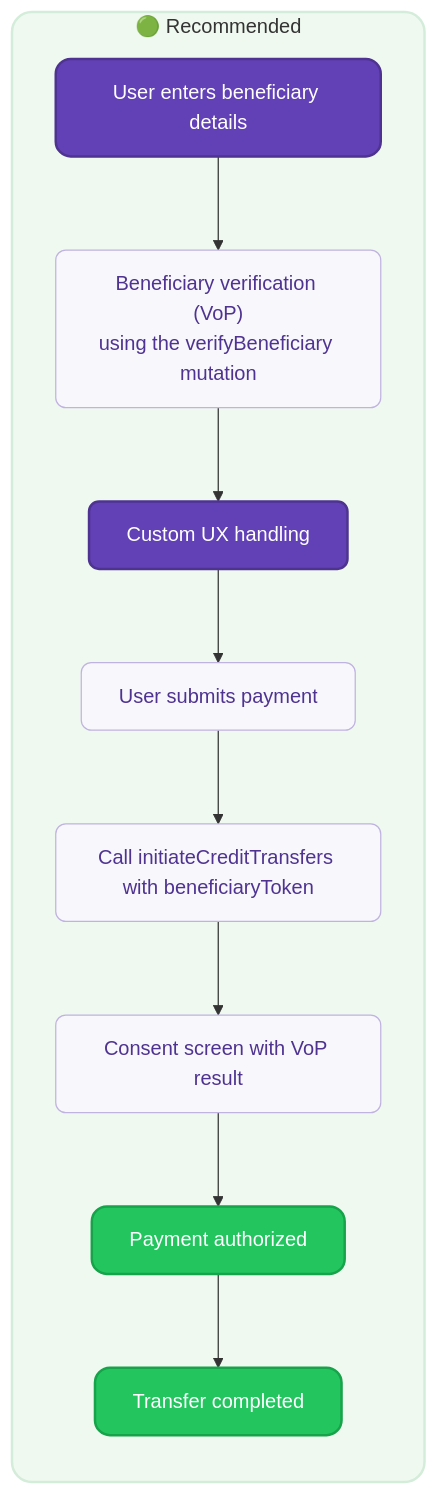
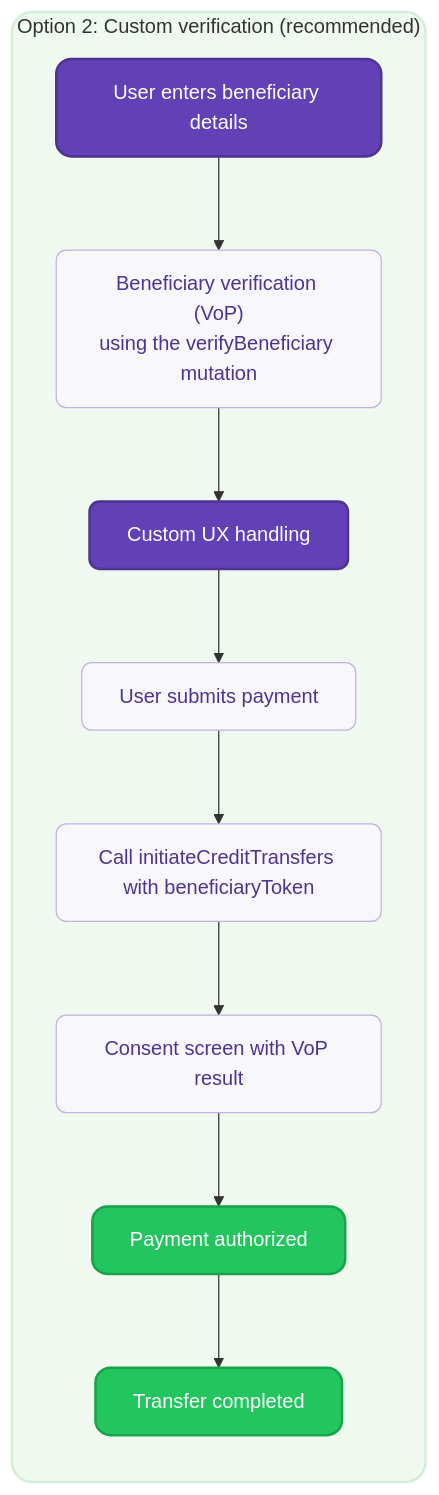
One commit to swan-io/docs changed the third of 3 diagrams in docs/payments/concepts/verification-of-payee/index.mdx. Above: the diagram before and after it, drawn with Mermaid. The commit also changed other lines of this file, not shown here.

````diff
--- a/docs/payments/concepts/verification-of-payee/index.mdx
+++ b/docs/payments/concepts/verification-of-payee/index.mdx
@@ -282,28 +276,28 @@
 ```mermaid
 flowchart TD
-    subgraph Option2 ["🟢 Recommended"]
+    subgraph Option2 ["Option 2: Custom verification (recommended)"]
         direction TB
         A2["User enters beneficiary details"] --> B2["Beneficiary verification (VoP)<br/>using the verifyBeneficiary mutation"]
         B2 --> C2["Custom UX handling"]
         C2 --> D2["User submits payment"]
         D2 --> E2["Call initiateCreditTransfers with beneficiaryToken"]
         E2 --> F2["Consent screen with VoP result"]
         F2 --> G2["Payment authorized"]
         G2 --> H2["Transfer completed"]
     end
     
     classDef default fill:#ffffff,stroke:#6240b5,stroke-width:1px,color:#271a48,rx:8,ry:8
     classDef input fill:#6240b5,stroke:#4e3391,stroke-width:2px,color:#ffffff,rx:12,ry:12
     classDef process fill:#f8f7fc,stroke:#c0b3e1,stroke-width:1px,color:#4e3391,rx:8,ry:8
     classDef success fill:#22c55e,stroke:#16a34a,stroke-width:2px,color:#ffffff,rx:12,ry:12
     classDef transfer fill:#22c55e,stroke:#16a34a,stroke-width:2px,color:#ffffff,rx:12,ry:12
     classDef custom fill:#6240b5,stroke:#4e3391,stroke-width:2px,color:#ffffff,rx:8,ry:8
     classDef subgraph2 fill:#f0f9f0,stroke:#d4edda,stroke-width:2px,rx:16,ry:16
     
     class A2 input
     class B2,D2,E2,F2 process
     class C2 custom
     class G2 success
     class H2 transfer
     class Option2 subgraph2
 ```
````
